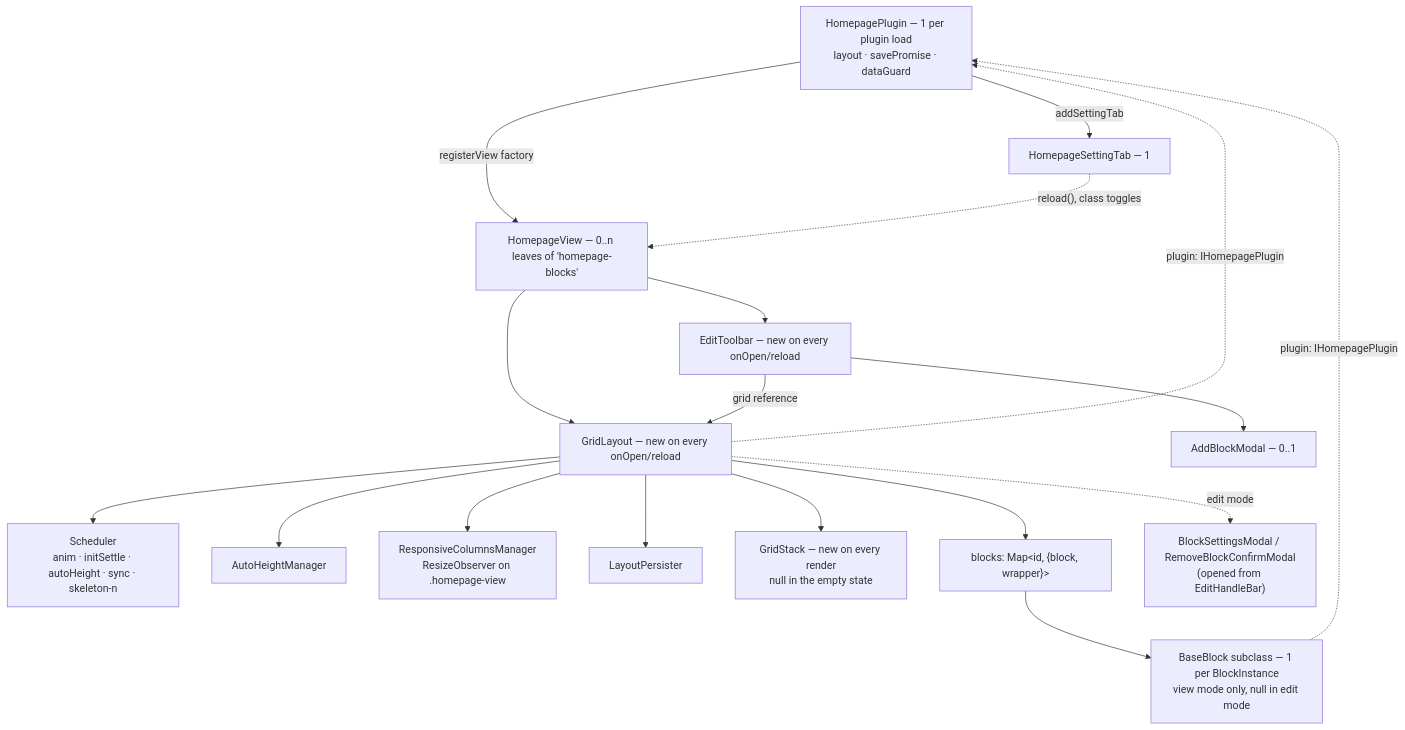
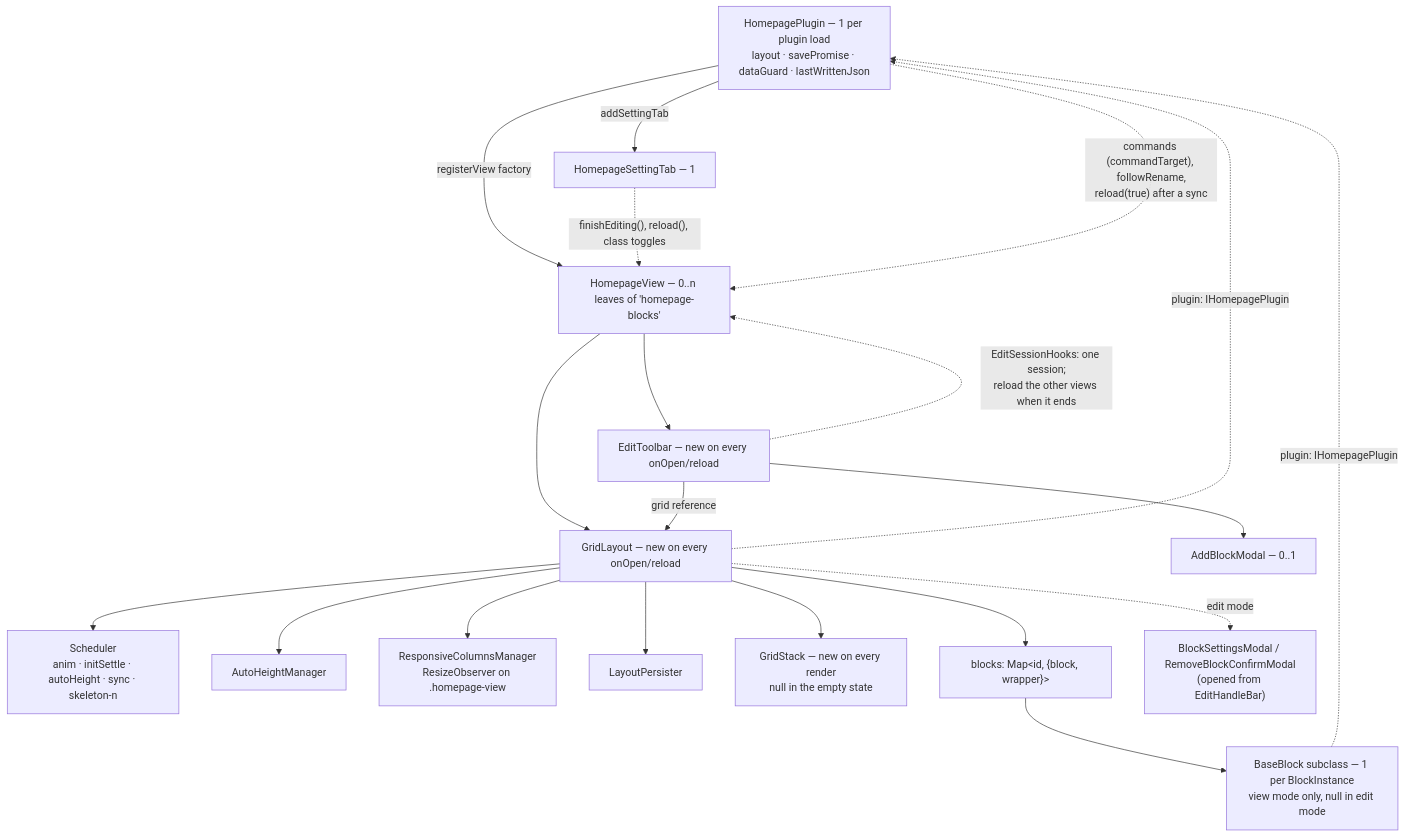
One commit to acaprino/obsidian-plugin-homepage changed the second of 3 diagrams in docs/architecture.md. Above: the diagram before and after it, drawn with Mermaid. The commit also changed other lines of this file and 10 other files, not shown here.

Commit message:
docs: developer docs follow the X-ray fixes (sync reload, import, reset, voice, grid)

````diff
--- a/docs/architecture.md
+++ b/docs/architecture.md
@@ -255,35 +266,37 @@
 ```mermaid
 flowchart TD
-  P["HomepagePlugin — 1 per plugin load<br/>layout · savePromise · dataGuard"]
+  P["HomepagePlugin — 1 per plugin load<br/>layout · savePromise · dataGuard · lastWrittenJson"]
   ST["HomepageSettingTab — 1"]
   V["HomepageView — 0..n leaves of 'homepage-blocks'"]
   G["GridLayout — new on every onOpen/reload"]
   T["EditToolbar — new on every onOpen/reload"]
   AM["AddBlockModal — 0..1"]
   S["Scheduler<br/>anim · initSettle · autoHeight · sync · skeleton-n"]
   AH["AutoHeightManager"]
   RC["ResponsiveColumnsManager<br/>ResizeObserver on .homepage-view"]
   LP["LayoutPersister"]
   GS["GridStack — new on every render<br/>null in the empty state"]
   BM["blocks: Map&lt;id, {block, wrapper}&gt;"]
   B["BaseBlock subclass — 1 per BlockInstance<br/>view mode only, null in edit mode"]
   M["BlockSettingsModal / RemoveBlockConfirmModal<br/>(opened from EditHandleBar)"]
 
   P -->|registerView factory| V
   P -->|addSettingTab| ST
   V --> G
   V --> T
   T -->|grid reference| G
   T --> AM
   G --> S
   G --> AH
   G --> RC
   G --> LP
   G --> GS
   G --> BM
   BM --> B
   G -.->|edit mode| M
   B -.->|"plugin: IHomepagePlugin"| P
   G -.->|"plugin: IHomepagePlugin"| P
-  ST -.->|"reload(), class toggles"| V
+  ST -.->|"finishEditing(), reload(), class toggles"| V
+  P -.->|"commands (commandTarget), followRename,<br/>reload(true) after a sync"| V
+  T -.->|"EditSessionHooks: one session;<br/>reload the other views when it ends"| V
 ```
````
